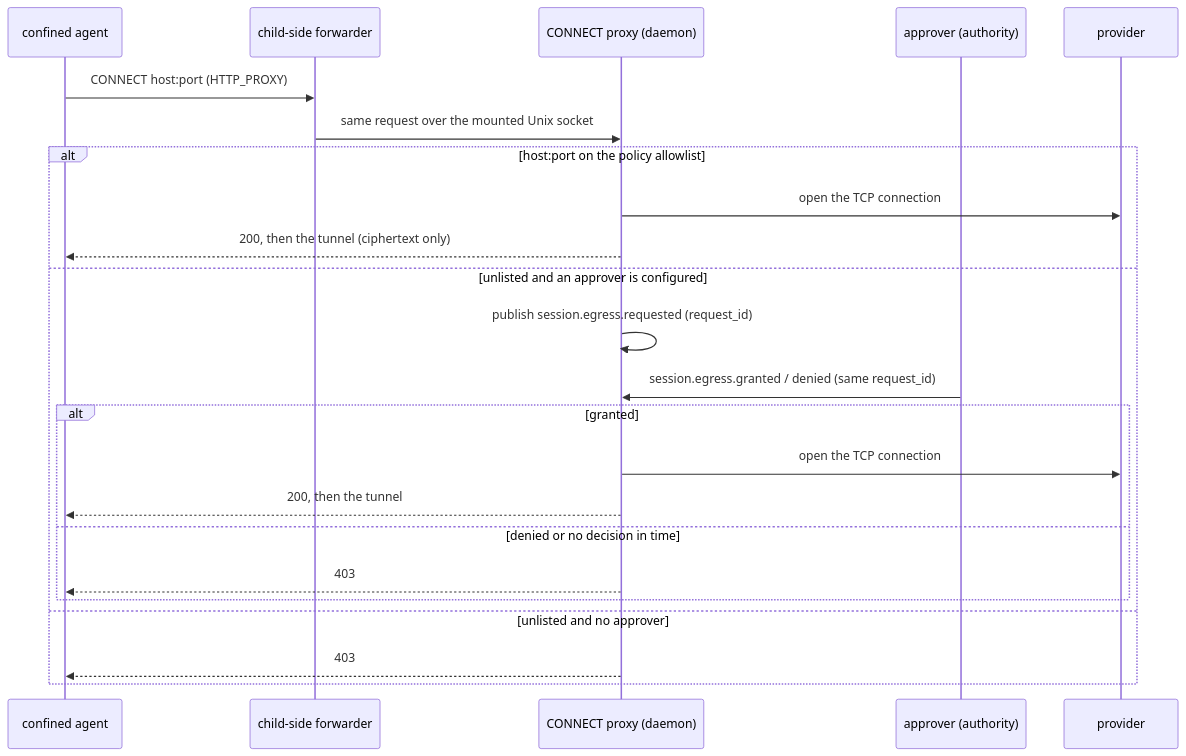
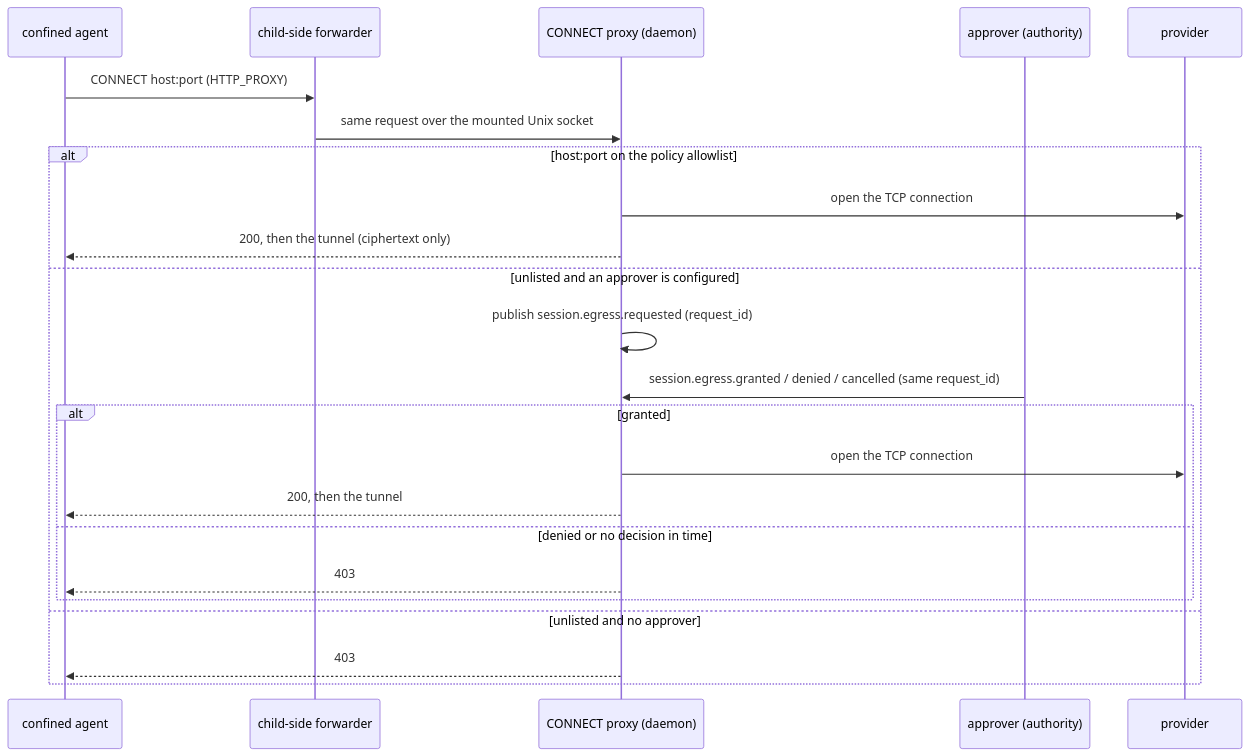
One commit to mokmok-dev/agent changed the diagram in docs/egress.md. Above: the diagram before and after it, drawn with Mermaid. The commit also changed other lines of this file and 10 other files, not shown here.

````diff
--- a/docs/egress.md
+++ b/docs/egress.md
@@ -319,26 +323,26 @@
 ```mermaid
 sequenceDiagram
     participant A as confined agent
     participant F as child-side forwarder
     participant P as CONNECT proxy (daemon)
     participant V as approver (authority)
     participant O as provider
 
     A->>F: CONNECT host:port (HTTP_PROXY)
     F->>P: same request over the mounted Unix socket
     alt host:port on the policy allowlist
         P->>O: open the TCP connection
         P-->>A: 200, then the tunnel (ciphertext only)
     else unlisted and an approver is configured
         P->>P: publish session.egress.requested (request_id)
-        V->>P: session.egress.granted / denied (same request_id)
+        V->>P: session.egress.granted / denied / cancelled (same request_id)
         alt granted
             P->>O: open the TCP connection
             P-->>A: 200, then the tunnel
         else denied or no decision in time
             P-->>A: 403
         end
     else unlisted and no approver
         P-->>A: 403
     end
 ```
````
